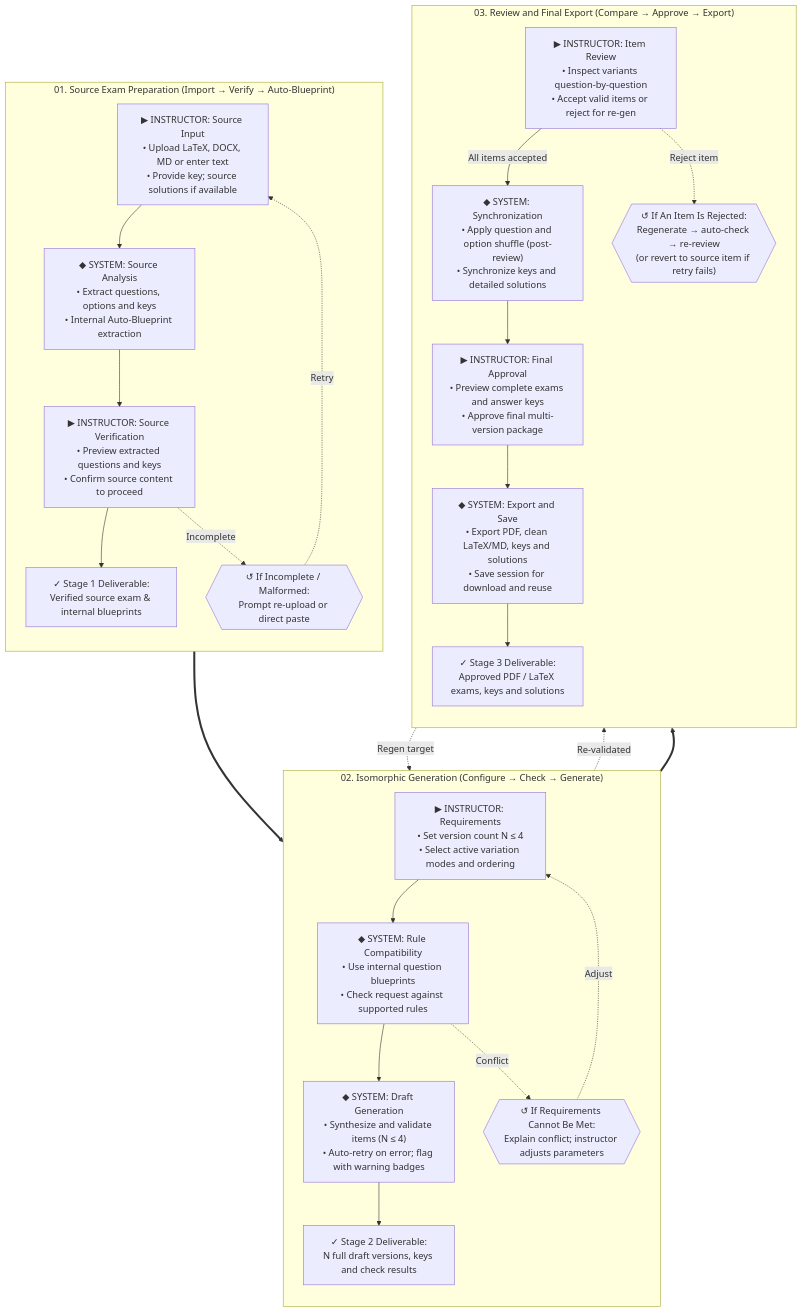
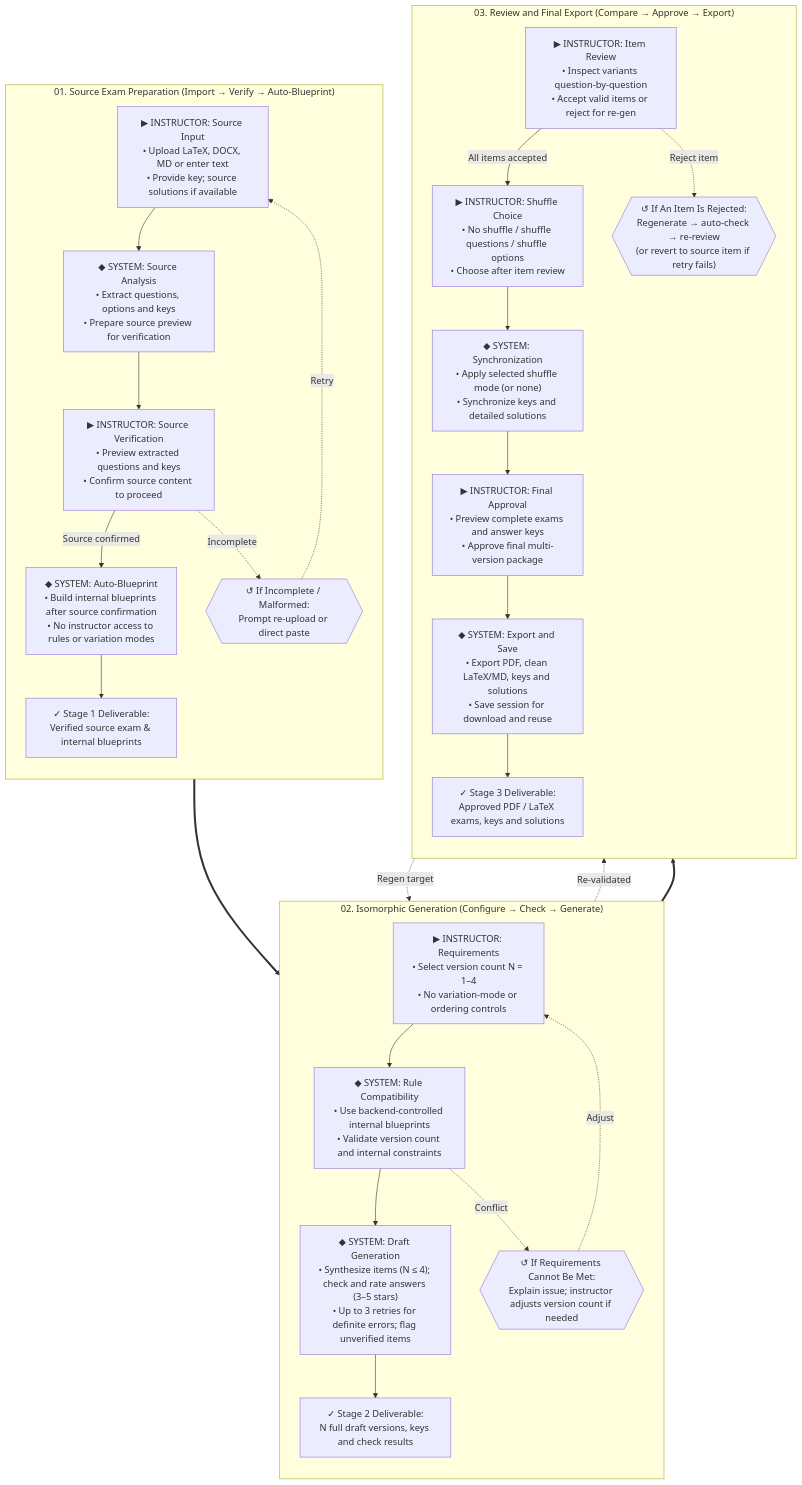
Before and after one commit to Computational-Thinking-Project/isomorphic-exam-synthesizer: the second of 2 diagrams in docs/description.md, drawn with Mermaid. The commit also changed other lines of this file, not shown here.

````diff
--- a/docs/description.md
+++ b/docs/description.md
@@ -148,65 +148,69 @@
 ```mermaid
 flowchart TB
     %% ============================================================
     %% STAGE 1: Source Exam Preparation
     %% ============================================================
     subgraph Stage1 ["01. Source Exam Preparation (Import → Verify → Auto-Blueprint)"]
         direction TB
         S1_1["▶ INSTRUCTOR: Source Input<br/>• Upload LaTeX, DOCX, MD or enter text<br/>• Provide key; source solutions if available"]
-        S1_2["◆ SYSTEM: Source Analysis<br/>• Extract questions, options and keys<br/>• Internal Auto-Blueprint extraction"]
+        S1_2["◆ SYSTEM: Source Analysis<br/>• Extract questions, options and keys<br/>• Prepare source preview for verification"]
         S1_3["▶ INSTRUCTOR: Source Verification<br/>• Preview extracted questions and keys<br/>• Confirm source content to proceed"]
+        S1_4["◆ SYSTEM: Auto-Blueprint<br/>• Build internal blueprints after source confirmation<br/>• No instructor access to rules or variation modes"]
         S1_Warn{{"↺ If Incomplete / Malformed:<br/>Prompt re-upload or direct paste"}}
         S1_Res["✓ Stage 1 Deliverable:<br/>Verified source exam & internal blueprints"]
 
         S1_1 --> S1_2
         S1_2 --> S1_3
-        S1_3 --> S1_Res
+        S1_3 -->|"Source confirmed"| S1_4
+        S1_4 --> S1_Res
         S1_3 -. "Incomplete" .-> S1_Warn
         S1_Warn -. "Retry" .-> S1_1
     end
 
     %% ============================================================
     %% STAGE 2: Isomorphic Generation
     %% ============================================================
     subgraph Stage2 ["02. Isomorphic Generation (Configure → Check → Generate)"]
         direction TB
-        S2_1["▶ INSTRUCTOR: Requirements<br/>• Set version count N ≤ 4<br/>• Select active variation modes and ordering"]
-        S2_2["◆ SYSTEM: Rule Compatibility<br/>• Use internal question blueprints<br/>• Check request against supported rules"]
-        S2_Warn{{"↺ If Requirements Cannot Be Met:<br/>Explain conflict; instructor adjusts parameters"}}
-        S2_3["◆ SYSTEM: Draft Generation<br/>• Synthesize and validate items (N ≤ 4)<br/>• Auto-retry on error; flag with warning badges"]
+        S2_1["▶ INSTRUCTOR: Requirements<br/>• Select version count N = 1–4<br/>• No variation-mode or ordering controls"]
+        S2_2["◆ SYSTEM: Rule Compatibility<br/>• Use backend-controlled internal blueprints<br/>• Validate version count and internal constraints"]
+        S2_Warn{{"↺ If Requirements Cannot Be Met:<br/>Explain issue; instructor adjusts version count if needed"}}
+        S2_3["◆ SYSTEM: Draft Generation<br/>• Synthesize items (N ≤ 4); check and rate answers (3–5 stars)<br/>• Up to 3 retries for definite errors; flag unverified items"]
         S2_Res["✓ Stage 2 Deliverable:<br/>N full draft versions, keys and check results"]
 
         S2_1 --> S2_2
         S2_2 --> S2_3
         S2_2 -. "Conflict" .-> S2_Warn
         S2_Warn -. "Adjust" .-> S2_1
         S2_3 --> S2_Res
     end
 
     %% ============================================================
     %% STAGE 3: Review and Final Export
     %% ============================================================
     subgraph Stage3 ["03. Review and Final Export (Compare → Approve → Export)"]
         direction TB
         S3_1["▶ INSTRUCTOR: Item Review<br/>• Inspect variants question-by-question<br/>• Accept valid items or reject for re-gen"]
         S3_Warn{{"↺ If An Item Is Rejected:<br/>Regenerate → auto-check → re-review<br/>(or revert to source item if retry fails)"}}
-        S3_2["◆ SYSTEM: Synchronization<br/>• Apply question and option shuffle (post-review)<br/>• Synchronize keys and detailed solutions"]
+        S3_Shuffle["▶ INSTRUCTOR: Shuffle Choice<br/>• No shuffle / shuffle questions / shuffle options<br/>• Choose after item review"]
+        S3_2["◆ SYSTEM: Synchronization<br/>• Apply selected shuffle mode (or none)<br/>• Synchronize keys and detailed solutions"]
         S3_3["▶ INSTRUCTOR: Final Approval<br/>• Preview complete exams and answer keys<br/>• Approve final multi-version package"]
         S3_4["◆ SYSTEM: Export and Save<br/>• Export PDF, clean LaTeX/MD, keys and solutions<br/>• Save session for download and reuse"]
         S3_Res["✓ Stage 3 Deliverable:<br/>Approved PDF / LaTeX exams, keys and solutions"]
 
-        S3_1 -->|"All items accepted"| S3_2
+        S3_1 -->|"All items accepted"| S3_Shuffle
+        S3_Shuffle --> S3_2
         S3_1 -. "Reject item" .-> S3_Warn
         S3_2 --> S3_3
         S3_3 --> S3_4
         S3_4 --> S3_Res
     end
 
     %% Inter-stage Transitions
     Stage1 ==> Stage2
     Stage2 ==> Stage3
 
     %% Closed Feedback Loop
     S3_Warn -. "Regen target" .-> S2_3
     S2_3 -. "Re-validated" .-> S3_1
 ```
````
